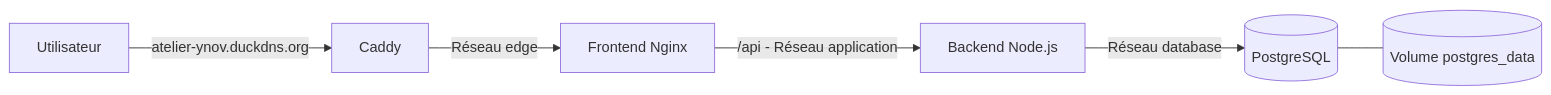
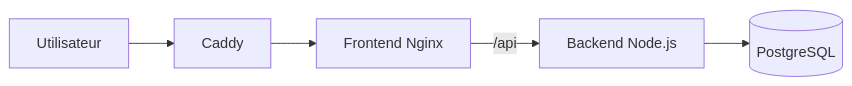
One commit to Emmanuel110499/Atelier changed the diagram in README.md. Above: the diagram before and after it, drawn with Mermaid. The commit also changed other lines of this file and 1 other file, not shown here.

````diff
--- a/README.md
+++ b/README.md
@@ -11,8 +57,7 @@
 ```mermaid
 flowchart LR
-    U[Utilisateur] -->|atelier-ynov.duckdns.org| C[Caddy]
-    C -->|Réseau edge| F[Frontend Nginx]
-    F -->|/api - Réseau application| B[Backend Node.js]
-    B -->|Réseau database| D[(PostgreSQL)]
-    D --- V[(Volume postgres_data)]
+    U[Utilisateur] --> C[Caddy]
+    C --> F[Frontend Nginx]
+    F -->|/api| B[Backend Node.js]
+    B --> D[(PostgreSQL)]
 ```
````
